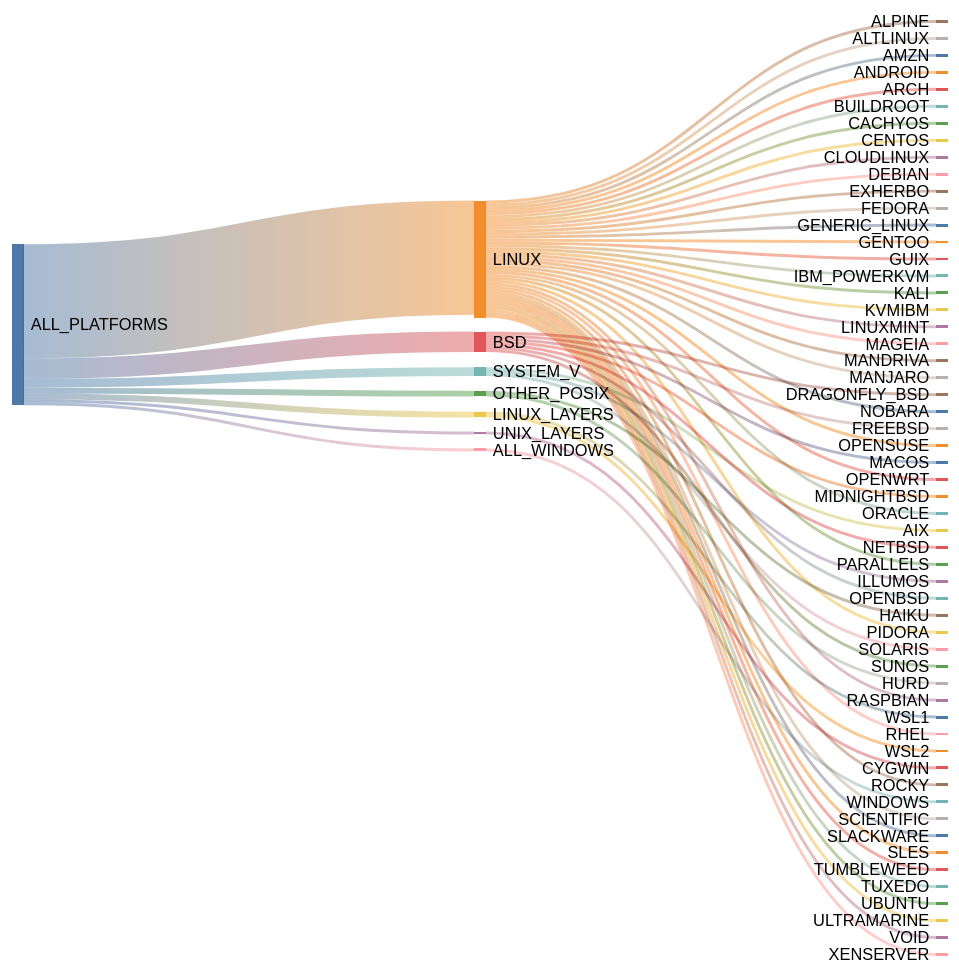
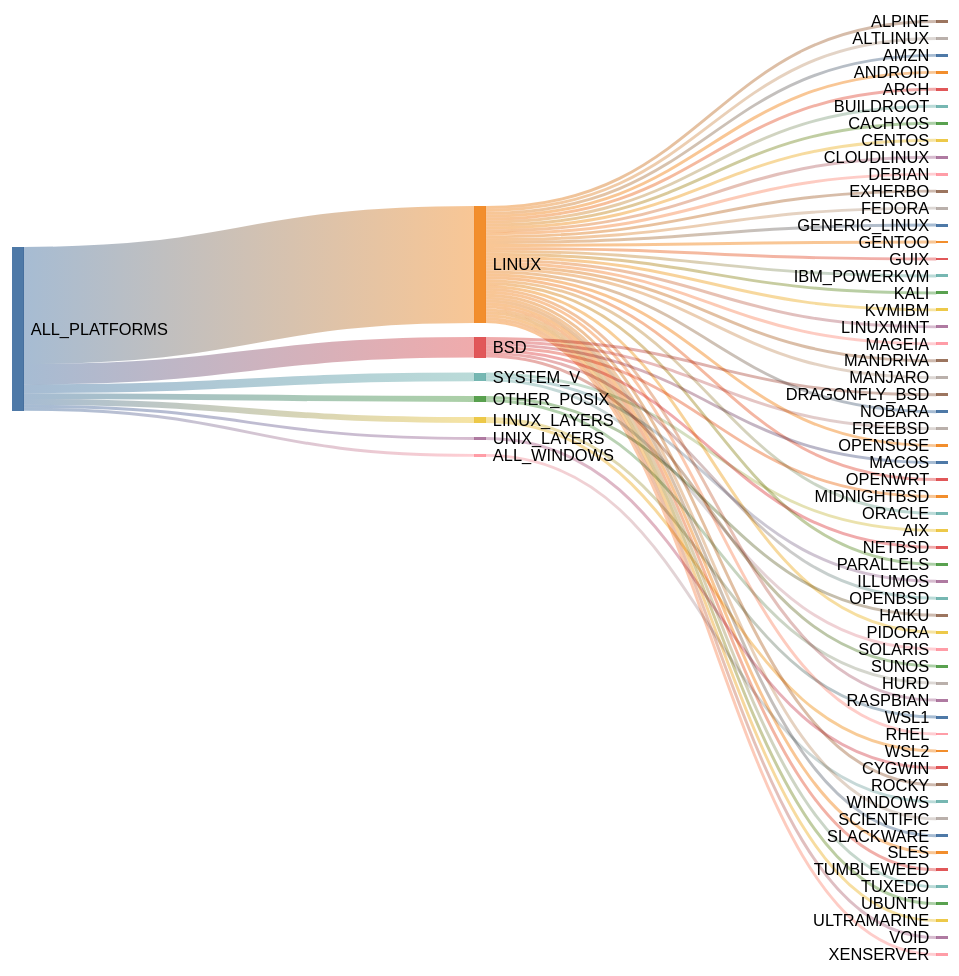
One commit to kdeldycke/extra-platforms changed the first of 2 diagrams in docs/platforms.md. Above: the diagram before and after it, drawn with Mermaid (forest theme). The commit also changed other lines of this file and 2 other files, not shown here.

````diff
--- a/docs/platforms.md
+++ b/docs/platforms.md
@@ -157,70 +157,70 @@
 ```mermaid
 ---
 config: {"sankey": {"showValues": false, "width": 800, "height": 800}}
 ---
 sankey-beta
 
-ALL_PLATFORMS,LINUX,39
+ALL_PLATFORMS,LINUX,40
 ALL_PLATFORMS,BSD,7
 ALL_PLATFORMS,SYSTEM_V,3
 ALL_PLATFORMS,OTHER_POSIX,2
 ALL_PLATFORMS,LINUX_LAYERS,2
 ALL_PLATFORMS,UNIX_LAYERS,1
 ALL_PLATFORMS,ALL_WINDOWS,1
 LINUX,ALPINE,1
 LINUX,ALTLINUX,1
 LINUX,AMZN,1
 LINUX,ANDROID,1
 LINUX,ARCH,1
 LINUX,BUILDROOT,1
 LINUX,CACHYOS,1
 LINUX,CENTOS,1
 LINUX,CLOUDLINUX,1
 LINUX,DEBIAN,1
 LINUX,EXHERBO,1
 LINUX,FEDORA,1
 LINUX,GENERIC_LINUX,1
 LINUX,GENTOO,1
 LINUX,GUIX,1
 LINUX,IBM_POWERKVM,1
 LINUX,KALI,1
 LINUX,KVMIBM,1
 LINUX,LINUXMINT,1
 LINUX,MAGEIA,1
 LINUX,MANDRIVA,1
 LINUX,MANJARO,1
 LINUX,NOBARA,1
 LINUX,OPENSUSE,1
 LINUX,OPENWRT,1
 LINUX,ORACLE,1
 LINUX,PARALLELS,1
 LINUX,PIDORA,1
 LINUX,RASPBIAN,1
 LINUX,RHEL,1
 LINUX,ROCKY,1
 LINUX,SCIENTIFIC,1
 LINUX,SLACKWARE,1
 LINUX,SLES,1
 LINUX,TUMBLEWEED,1
 LINUX,TUXEDO,1
 LINUX,UBUNTU,1
 LINUX,ULTRAMARINE,1
 LINUX,VOID,1
 LINUX,XENSERVER,1
 BSD,DRAGONFLY_BSD,1
 BSD,FREEBSD,1
 BSD,MACOS,1
 BSD,MIDNIGHTBSD,1
 BSD,NETBSD,1
 BSD,OPENBSD,1
 BSD,SUNOS,1
 SYSTEM_V,AIX,1
 SYSTEM_V,ILLUMOS,1
 SYSTEM_V,SOLARIS,1
 OTHER_POSIX,HAIKU,1
 OTHER_POSIX,HURD,1
 LINUX_LAYERS,WSL1,1
 LINUX_LAYERS,WSL2,1
 UNIX_LAYERS,CYGWIN,1
 ALL_WINDOWS,WINDOWS,1
 ```
````
